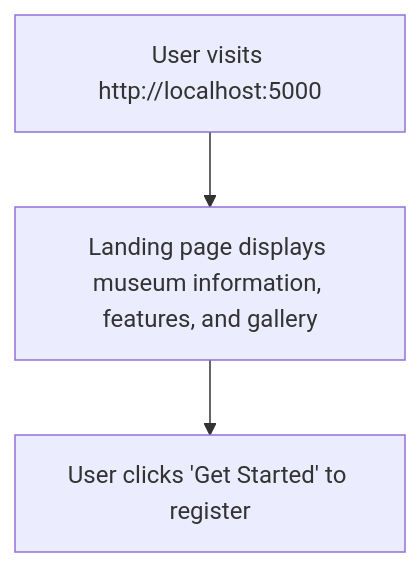
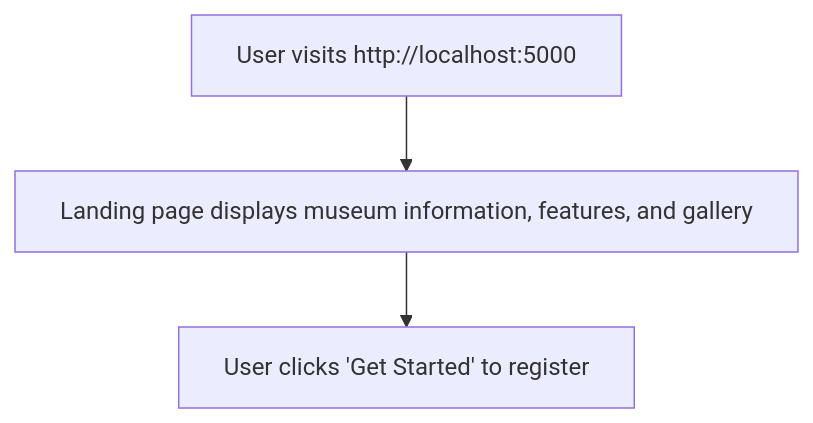
Before and after one commit to chaitanyasaiyerra/Musuem-chatbot: the first of 15 diagrams in STEP_BY_STEP_GUIDE.md, drawn with Mermaid. The commit also changed other lines of this file and 1 other file, not shown here.

Commit message:
docs: replace spaces with nbsp in mermaid diagrams to force single-line rendering

````diff
--- a/STEP_BY_STEP_GUIDE.md
+++ b/STEP_BY_STEP_GUIDE.md
@@ -15,5 +15,5 @@
 ```mermaid
 graph TD
-    A["User visits http://localhost:5000"] --> B["Landing page displays museum information, features, and gallery"]
-    B --> C["User clicks 'Get Started' to register"]
+    A["User&nbsp;visits&nbsp;http://localhost:5000"] --> B["Landing&nbsp;page&nbsp;displays&nbsp;museum&nbsp;information,&nbsp;features,&nbsp;and&nbsp;gallery"]
+    B --> C["User&nbsp;clicks&nbsp;'Get&nbsp;Started'&nbsp;to&nbsp;register"]
 ```
````
